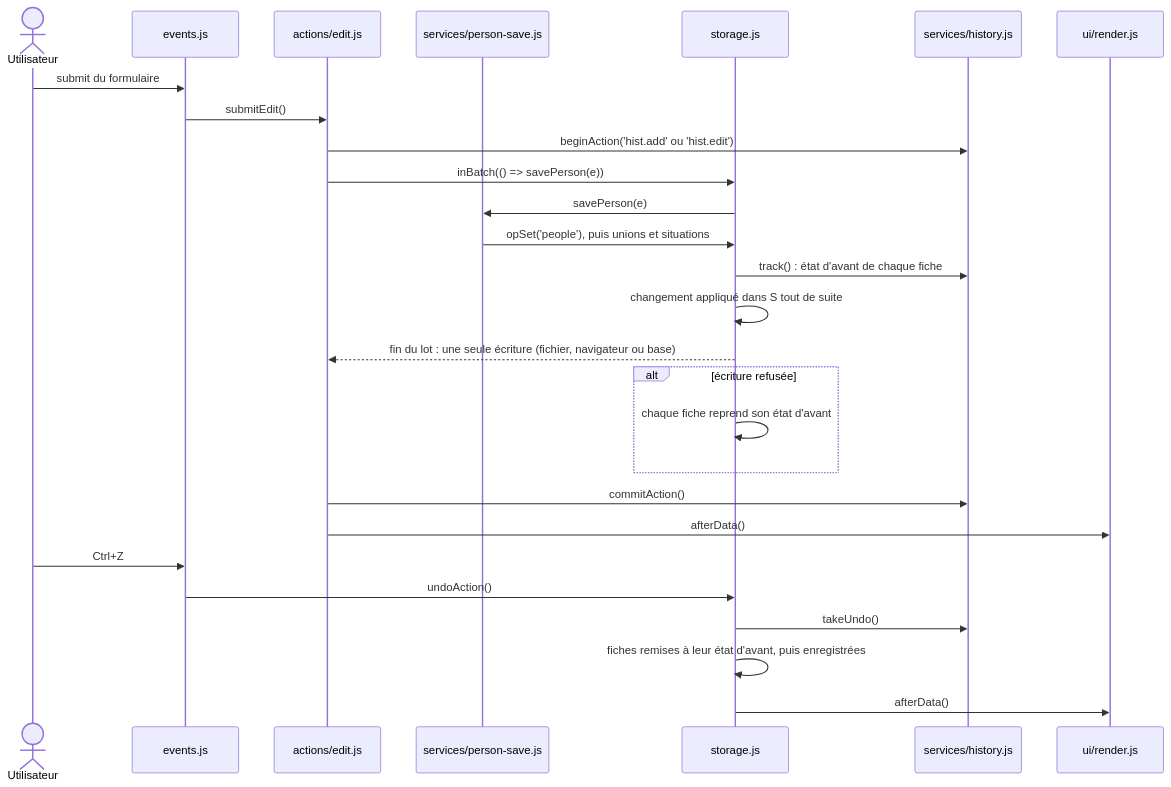
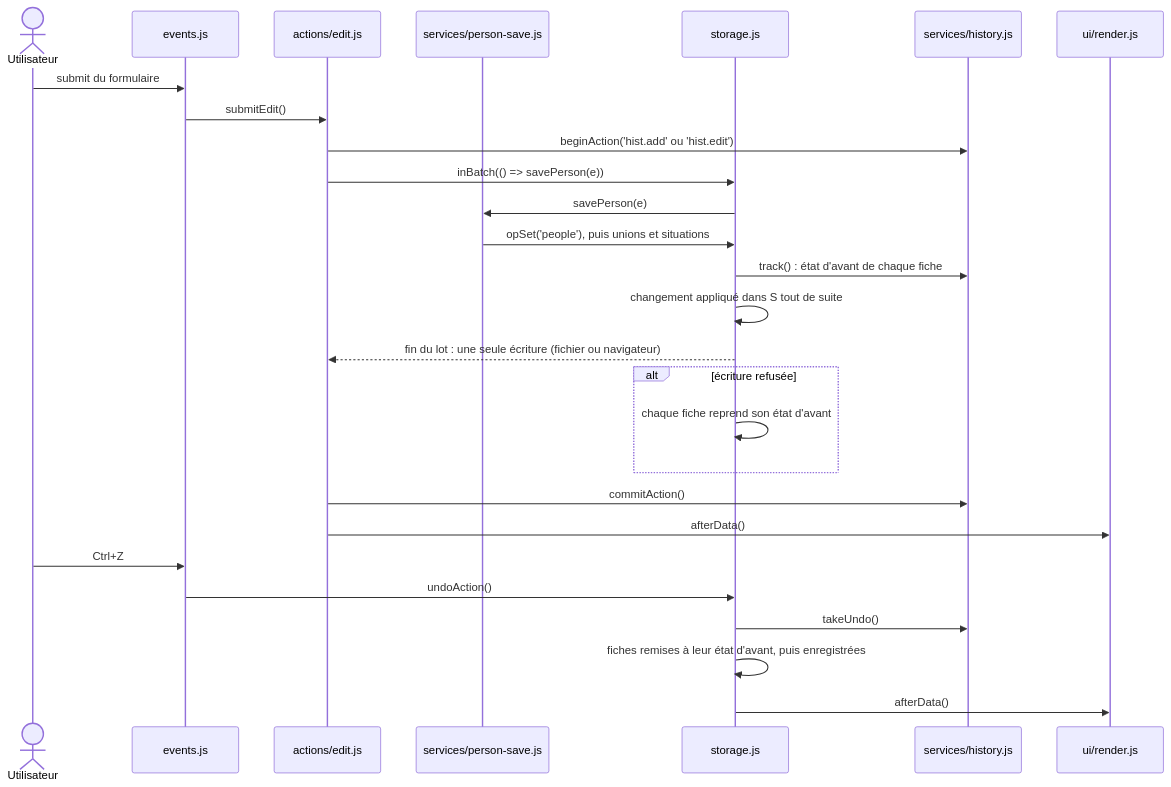
The third of 7 diagrams in docs/architecture.md (PallierJean/lignee), drawn with Mermaid before and after one commit. The commit also changed other lines of this file and 22 other files, not shown here.

````diff
--- a/docs/architecture.md
+++ b/docs/architecture.md
@@ -209,29 +199,29 @@
 ```mermaid
 sequenceDiagram
   actor U as Utilisateur
   participant E as events.js
   participant A as actions/edit.js
   participant PS as services/person-save.js
   participant ST as storage.js
   participant H as services/history.js
   participant R as ui/render.js
   U->>E: submit du formulaire
   E->>A: submitEdit()
   A->>H: beginAction('hist.add' ou 'hist.edit')
   A->>ST: inBatch(() => savePerson(e))
   ST->>PS: savePerson(e)
   PS->>ST: opSet('people'), puis unions et situations
   ST->>H: track() : état d'avant de chaque fiche
   ST->>ST: changement appliqué dans S tout de suite
-  ST-->>A: fin du lot : une seule écriture (fichier, navigateur ou base)
+  ST-->>A: fin du lot : une seule écriture (fichier ou navigateur)
   alt écriture refusée
     ST->>ST: chaque fiche reprend son état d'avant
   end
   A->>H: commitAction()
   A->>R: afterData()
   U->>E: Ctrl+Z
   E->>ST: undoAction()
   ST->>H: takeUndo()
   ST->>ST: fiches remises à leur état d'avant, puis enregistrées
   ST->>R: afterData()
 ```
````
